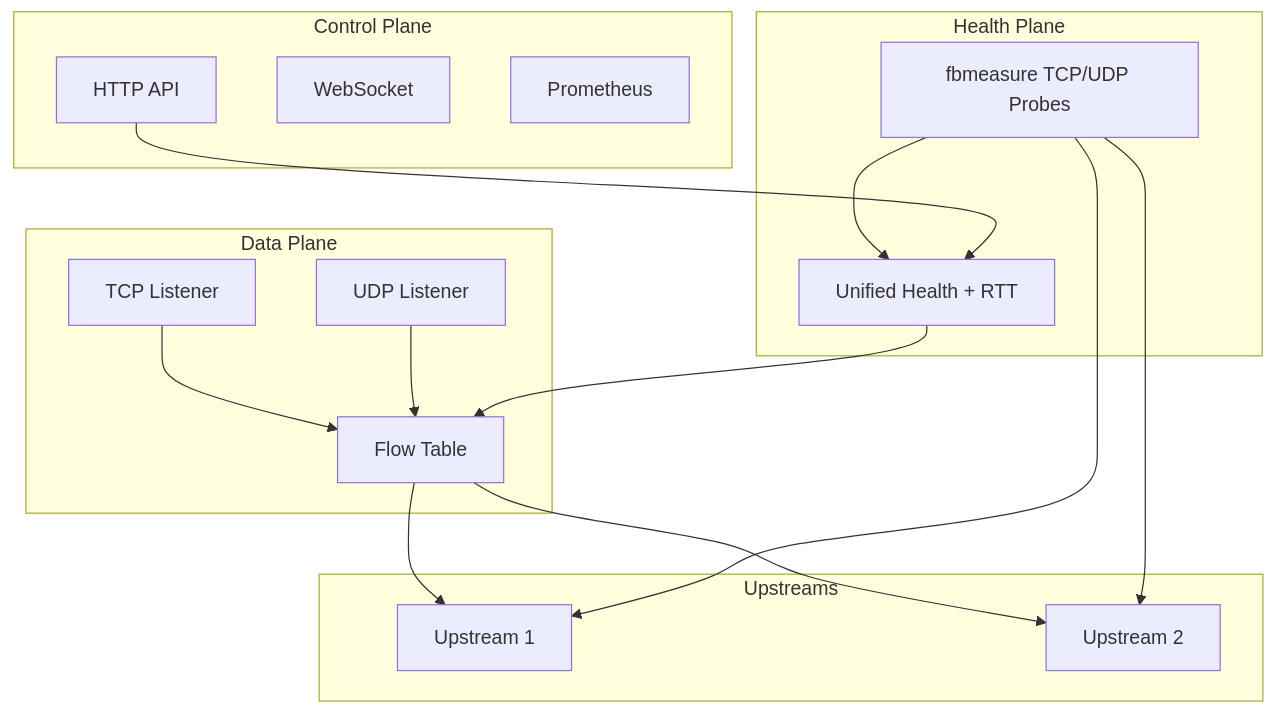
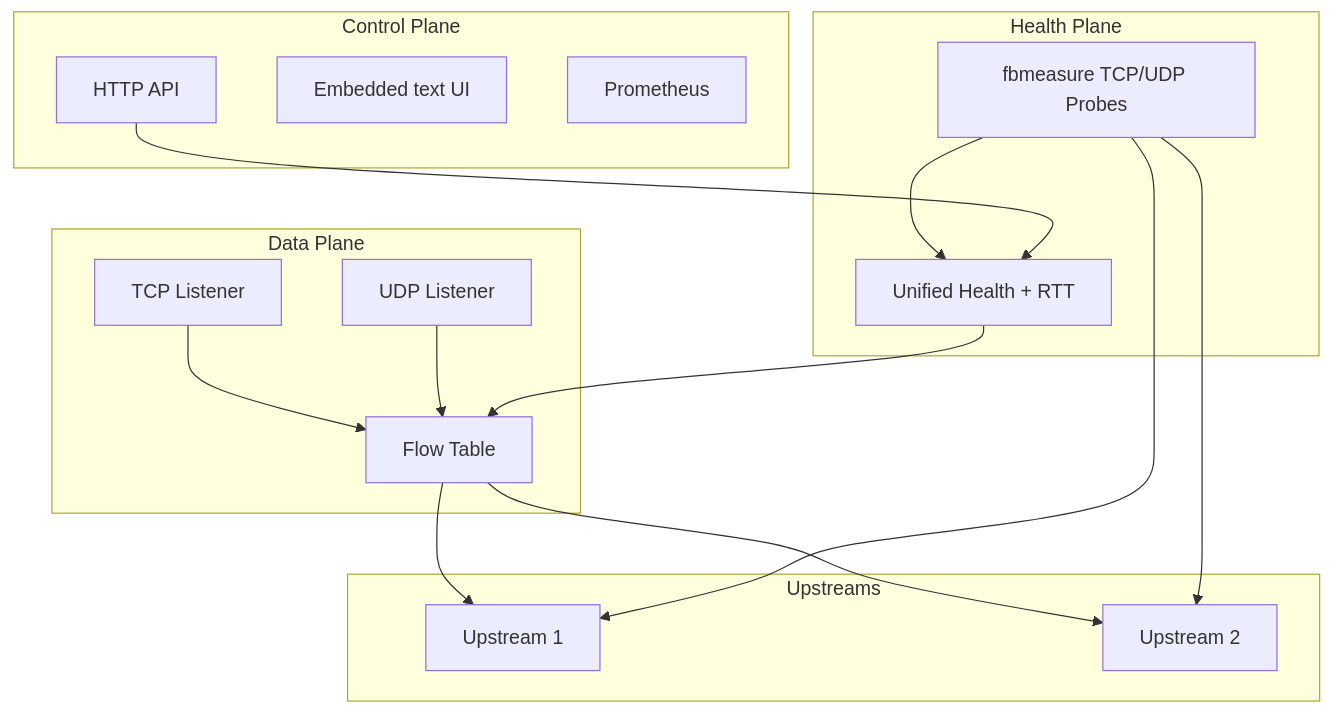
The first of 14 diagrams in doc/diagrams.md (NodePath81/fbforward), drawn with Mermaid before and after one commit. The commit also changed other lines of this file and 10 other files, not shown here.

First line of the commit message:
docs(web)!: finalize embedded operator interface

````diff
--- a/doc/diagrams.md
+++ b/doc/diagrams.md
@@ -15,35 +15,35 @@
 ```mermaid
 graph TB
     subgraph Control Plane
         API[HTTP API]
-        WS[WebSocket]
+        UI[Embedded text UI]
         Metrics[Prometheus]
     end
 
     subgraph Data Plane
         TCP[TCP Listener]
         UDP[UDP Listener]
         FT[Flow Table]
     end
 
     subgraph Health Plane
         Measure[fbmeasure TCP/UDP Probes]
         Health[Unified Health + RTT]
     end
 
     subgraph Upstreams
         U1[Upstream 1]
         U2[Upstream 2]
     end
 
     TCP --> FT
     UDP --> FT
     FT --> U1
     FT --> U2
 
     Measure --> U1
     Measure --> U2
     Measure --> Health
     Health --> FT
     API --> Health
 ```
````
